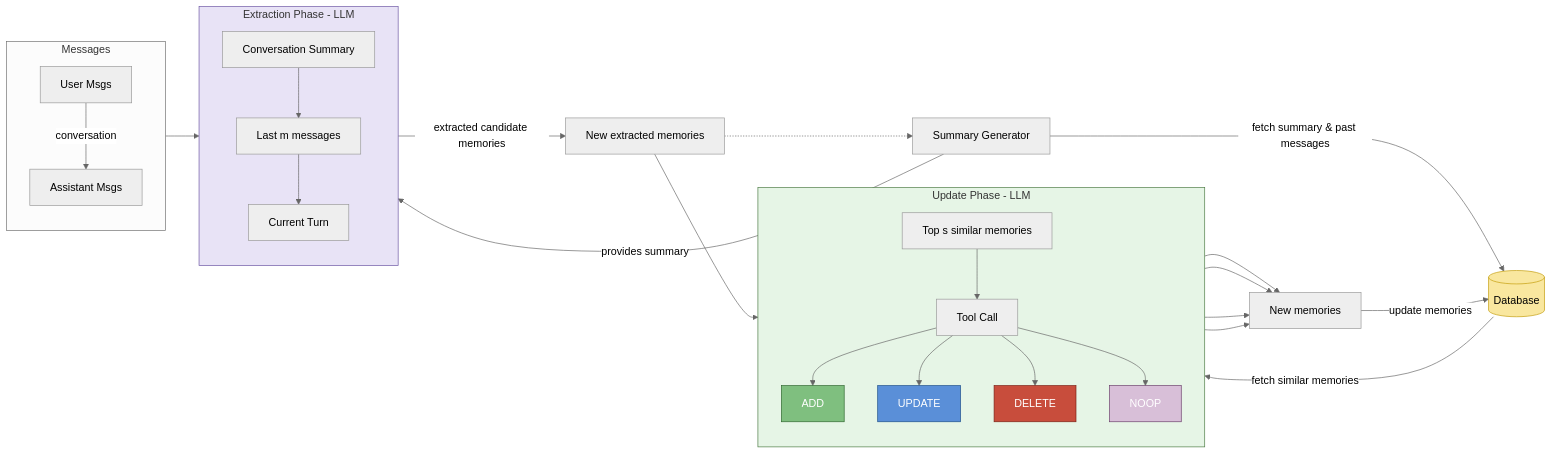
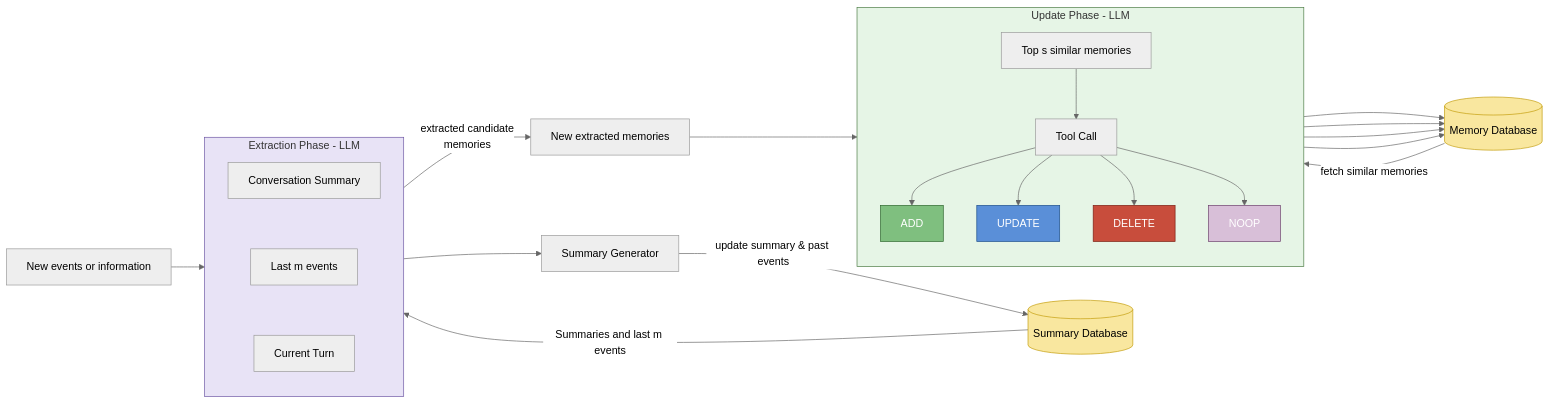
The diagram in video/flowcharts.md (srwshkrshnn/AgenticMem), drawn with Mermaid (neutral theme) before and after one commit. The commit also changed other lines of this file, not shown here.

Commit message:
Updated graph for Cosmos DB flow

````diff
--- a/video/flowcharts.md
+++ b/video/flowcharts.md
@@ -3,58 +3,55 @@
 ```mermaid
 flowchart LR
-    subgraph MSG[Messages]
-        U[User Msgs] -->|conversation| AIAgent[Assistant Msgs]
-    end
+    MSG[New events or information]
 
     MSG --> EP
 
     subgraph EP[Extraction Phase - LLM]
-        direction TB
         SUM[Conversation Summary]
-        LM[Last m messages]
+        LM[Last m events]
         CURR[Current Turn]
-        SUM --> LM --> CURR
+        SUM ~~~ LM ~~~ CURR
     end
 
     SUMGEN[Summary Generator]
 
-    EP -->|extracted candidate memories| CAND[New extracted memories]
-    SUMGEN -->|provides summary| EP
-    SUMGEN -->|fetch summary & past messages| DB[(Database)]
+    EP -->|extracted candidate<br/>memories| CAND[New extracted memories]
+    SUMGEN -->|update summary & past events| SUMDB[(Summary Database)]
+    EP --> SUMGEN
+
+    SUMDB -->|Summaries and last m events| EP
 
     CAND --> UP
 
     subgraph UP[Update Phase - LLM]
         direction TB
         TOPS[Top s similar memories] --> TOOL[Tool Call]
         TOOL --> ADDADD[ADD]
         TOOL --> UPD[UPDATE]
         TOOL --> DEL[DELETE]
         TOOL --> NOOP[NOOP]
     end
 
-    DB -->|fetch similar memories| TOPS
-    ADDADD --> NEW[New memories]
-    UPD --> NEW
-    DEL --> NEW
-    NOOP --> NEW
+    MEMDB[(Memory Database)] -->|fetch similar memories| TOPS
+    ADDADD --> MEMDB
+    UPD --> MEMDB
+    DEL --> MEMDB
+    NOOP --> MEMDB
 
-    NEW -->|update memories| DB
-    CAND -.-> SUMGEN
 
     classDef store fill:#f9e79f,stroke:#c39c0a,stroke-width:1px;
     classDef phase1 fill:#e8e3f6,stroke:#6c55a3,stroke-width:1px;
     classDef phase2 fill:#e6f5e6,stroke:#4a7a42,stroke-width:1px;
     classDef actionAdd fill:#7fbf7f,stroke:#2e662e,color:#fff;
     classDef actionUpd fill:#5a8fd8,stroke:#1d4e89,color:#fff;
     classDef actionDel fill:#c84d3c,stroke:#7a1f14,color:#fff;
     classDef actionNoop fill:#d8bfd8,stroke:#6a3e6a,color:#fff;
 
-    class DB store;
+    class MEMDB,SUMDB store;
     class EP phase1;
     class UP phase2;
     class ADDADD actionAdd;
     class UPD actionUpd;
     class DEL actionDel;
     class NOOP actionNoop;
 ```
````
